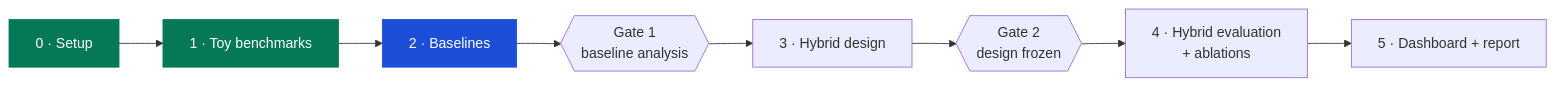
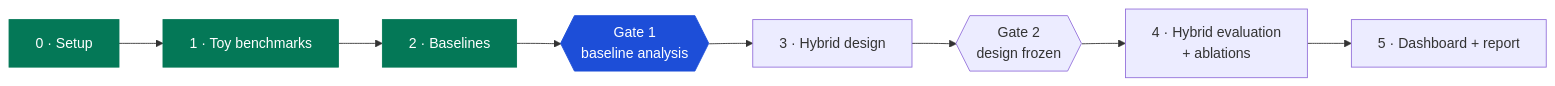
Before and after one commit to Aahan0605/cmai-project-: the second of 2 diagrams in README.md, drawn with Mermaid. The commit also changed other lines of this file and 22 other files, not shown here.

First line of the commit message:
results: Phase 2 baselines on OptLab-TIMIT and Gate 1 analysis

````diff
--- a/README.md
+++ b/README.md
@@ -211,8 +253,8 @@
 ```mermaid
 flowchart LR
-    P0["0 · Setup"]:::done --> P1["1 · Toy benchmarks"]:::done --> P2["2 · Baselines"]:::next
-    P2 --> G1{{"Gate 1<br/>baseline analysis"}} --> P3["3 · Hybrid design"] --> G2{{"Gate 2<br/>design frozen"}}
+    P0["0 · Setup"]:::done --> P1["1 · Toy benchmarks"]:::done --> P2["2 · Baselines"]:::done
+    P2 --> G1{{"Gate 1<br/>baseline analysis"}}:::next --> P3["3 · Hybrid design"] --> G2{{"Gate 2<br/>design frozen"}}
     G2 --> P4["4 · Hybrid evaluation<br/>+ ablations"] --> P5["5 · Dashboard + report"]
     classDef done fill:#047857,color:#fff,stroke:#047857
     classDef next fill:#1D4ED8,color:#fff,stroke:#1D4ED8
 ```
````
